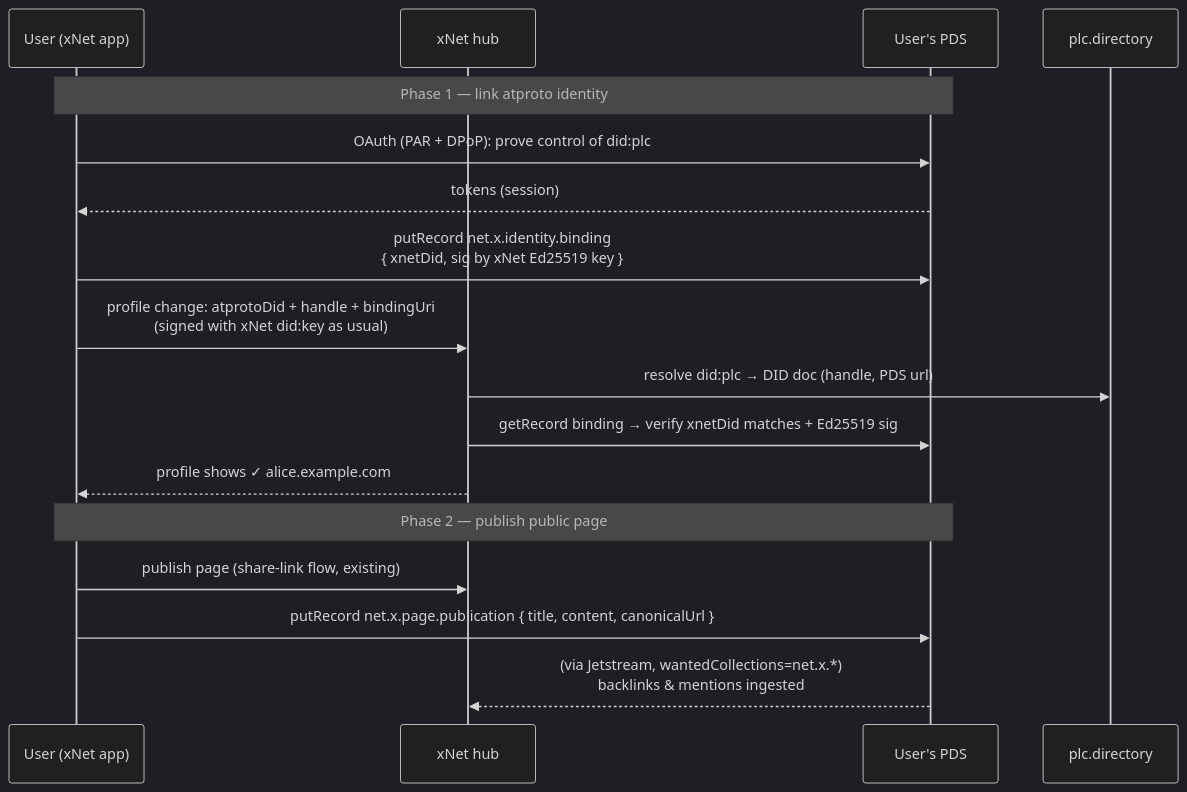
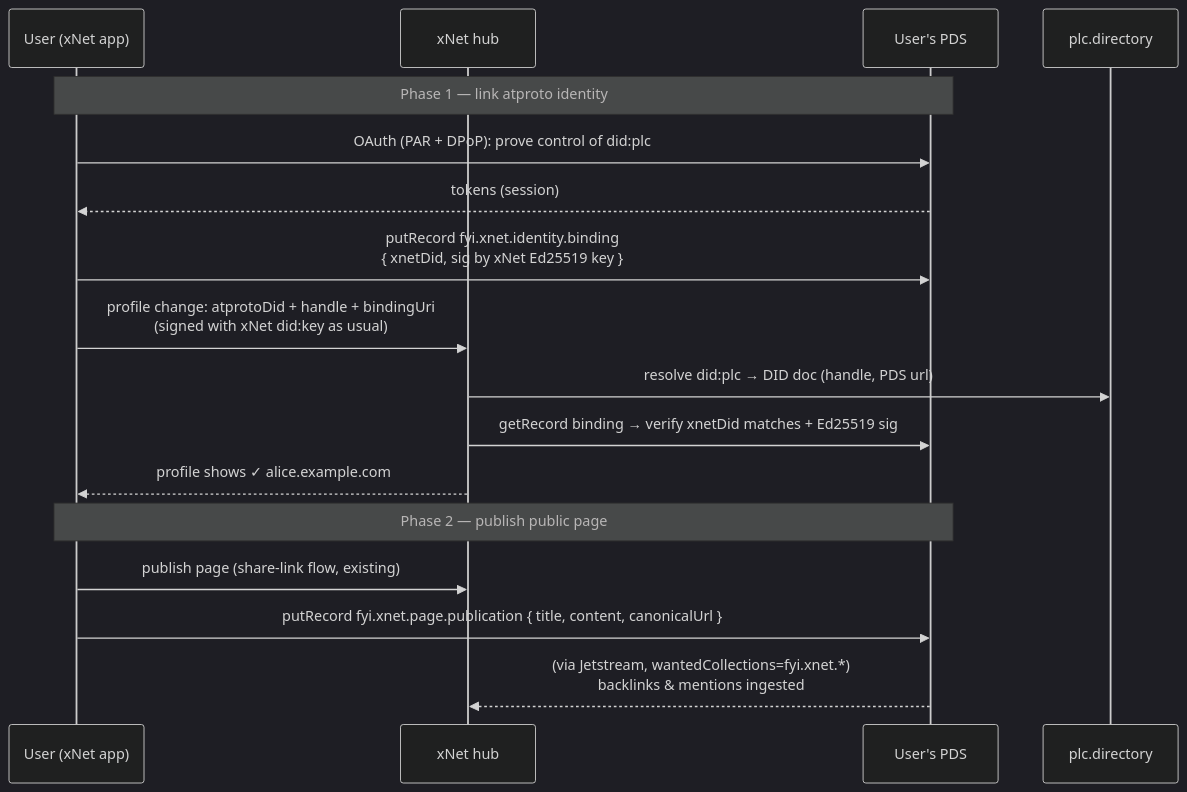
The third of 3 diagrams in docs/explorations/0301_[_]_ATPROTO_INTEGRATION_IDENTITY_SYNC_AND_HUB_AS_PDS.md (crs48/xNet), drawn with Mermaid (dark theme) before and after one commit. The commit also changed other lines of this file and 5 other files, not shown here.

````diff
--- a/docs/explorations/0301_[_]_ATPROTO_INTEGRATION_IDENTITY_SYNC_AND_HUB_AS_PDS.md
+++ b/docs/explorations/0301_[_]_ATPROTO_INTEGRATION_IDENTITY_SYNC_AND_HUB_AS_PDS.md
@@ -456,21 +462,21 @@
 ```mermaid
 sequenceDiagram
   participant U as User (xNet app)
   participant X as xNet hub
   participant P as User's PDS
   participant PLC as plc.directory
 
   Note over U,P: Phase 1 — link atproto identity
   U->>P: OAuth (PAR + DPoP): prove control of did:plc
   P-->>U: tokens (session)
-  U->>P: putRecord net.x.identity.binding<br/>{ xnetDid, sig by xNet Ed25519 key }
+  U->>P: putRecord fyi.xnet.identity.binding<br/>{ xnetDid, sig by xNet Ed25519 key }
   U->>X: profile change: atprotoDid + handle + bindingUri<br/>(signed with xNet did:key as usual)
   X->>PLC: resolve did:plc → DID doc (handle, PDS url)
   X->>P: getRecord binding → verify xnetDid matches + Ed25519 sig
   X-->>U: profile shows ✓ alice.example.com
 
   Note over U,P: Phase 2 — publish public page
   U->>X: publish page (share-link flow, existing)
-  U->>P: putRecord net.x.page.publication { title, content, canonicalUrl }
-  P-->>X: (via Jetstream, wantedCollections=net.x.*)<br/>backlinks & mentions ingested
+  U->>P: putRecord fyi.xnet.page.publication { title, content, canonicalUrl }
+  P-->>X: (via Jetstream, wantedCollections=fyi.xnet.*)<br/>backlinks & mentions ingested
 ```
````
